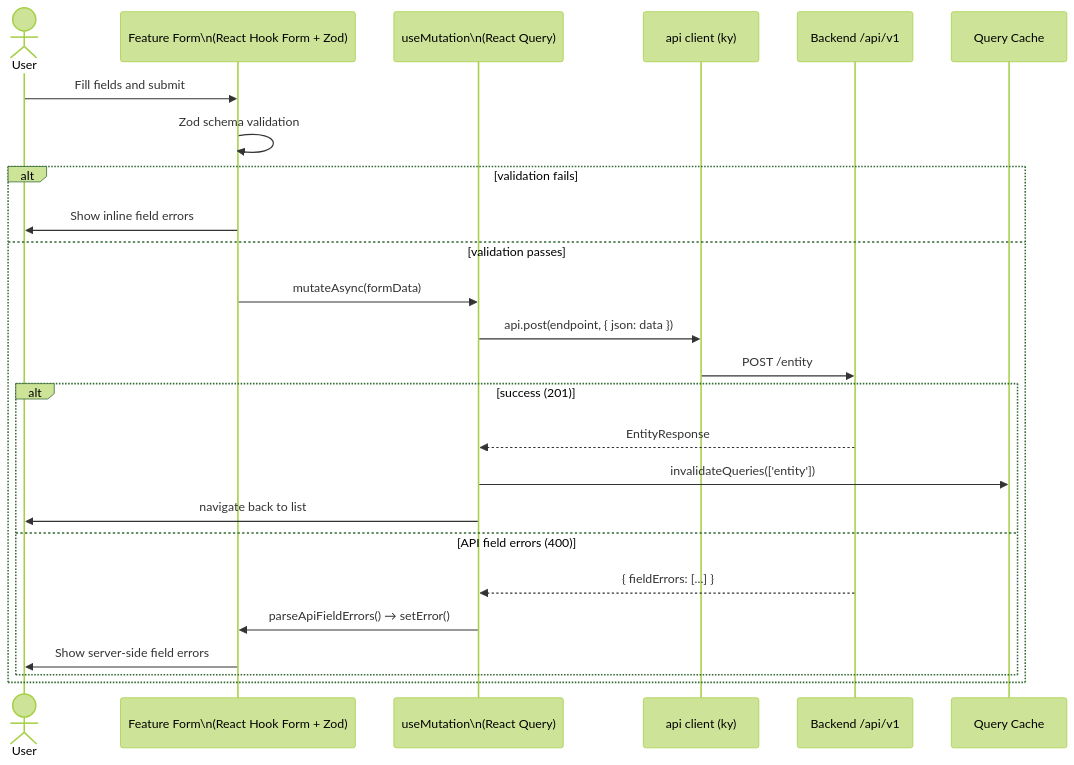
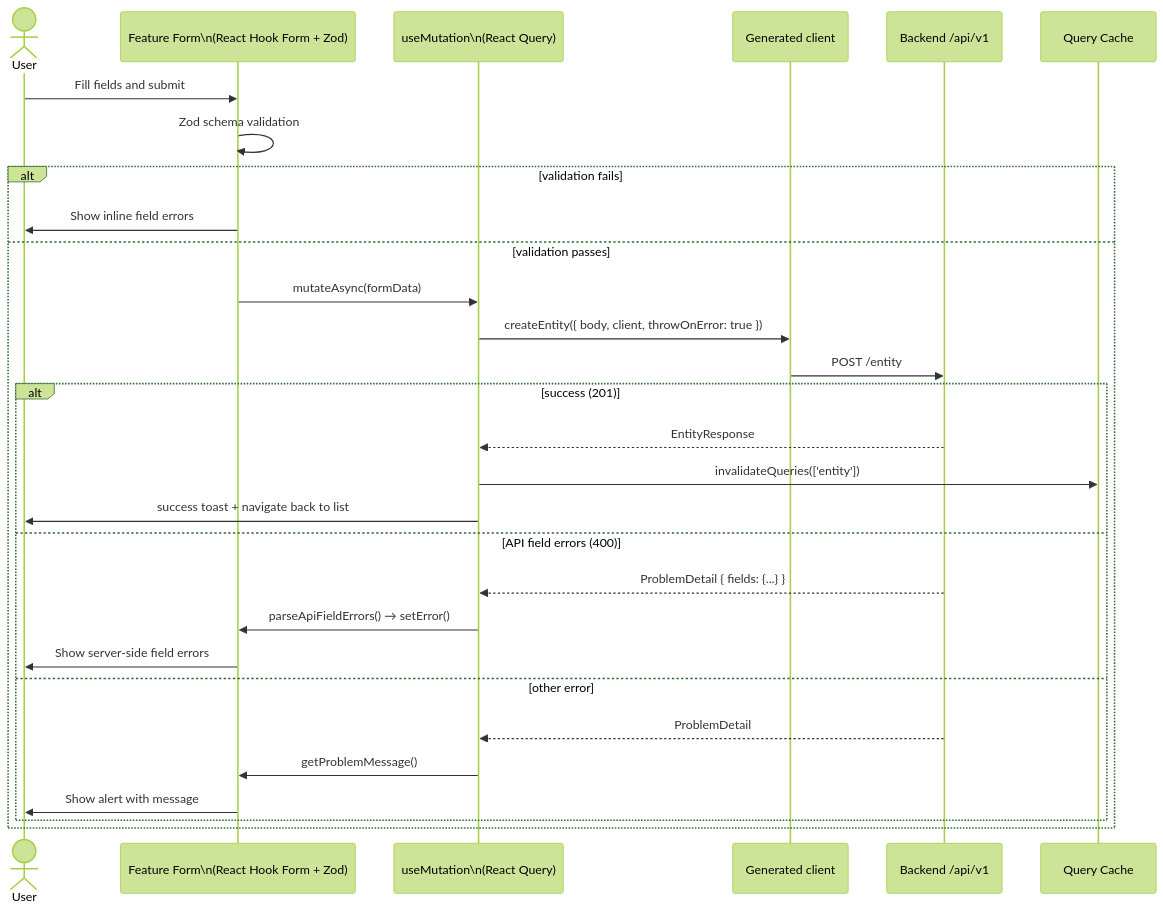
The sixth of 8 diagrams in docs/ARCHITECTURE.md (jorgetroya80/donations-frontend), drawn with Mermaid (forest theme) before and after one commit. The commit also changed other lines of this file and 2 other files, not shown here.

First line of the commit message:
docs: rewrite README and architecture guide (#191)

````diff
--- a/docs/ARCHITECTURE.md
+++ b/docs/ARCHITECTURE.md
@@ -277,28 +384,32 @@
 ```mermaid
 sequenceDiagram
     actor User
     participant Form as Feature Form\n(React Hook Form + Zod)
     participant Mutation as useMutation\n(React Query)
-    participant Client as api client (ky)
+    participant Client as Generated client
     participant API as Backend /api/v1
     participant Cache as Query Cache
 
     User->>Form: Fill fields and submit
     Form->>Form: Zod schema validation
     alt validation fails
         Form->>User: Show inline field errors
     else validation passes
         Form->>Mutation: mutateAsync(formData)
-        Mutation->>Client: api.post(endpoint, { json: data })
+        Mutation->>Client: createEntity({ body, client, throwOnError: true })
         Client->>API: POST /entity
         alt success (201)
             API-->>Mutation: EntityResponse
             Mutation->>Cache: invalidateQueries(['entity'])
-            Mutation->>User: navigate back to list
+            Mutation->>User: success toast + navigate back to list
         else API field errors (400)
-            API-->>Mutation: { fieldErrors: [...] }
+            API-->>Mutation: ProblemDetail { fields: {...} }
             Mutation->>Form: parseApiFieldErrors() → setError()
             Form->>User: Show server-side field errors
+        else other error
+            API-->>Mutation: ProblemDetail
+            Mutation->>Form: getProblemMessage()
+            Form->>User: Show alert with message
         end
     end
 ```
````
